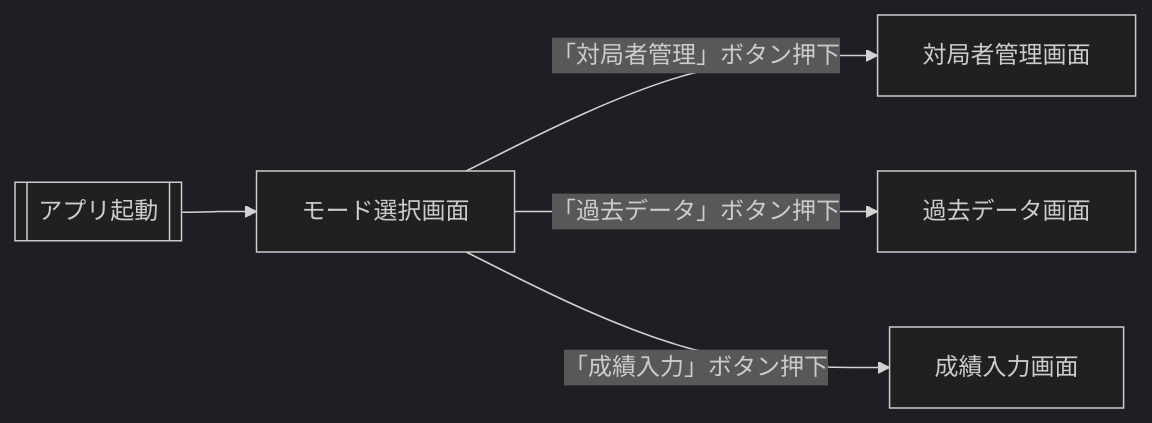
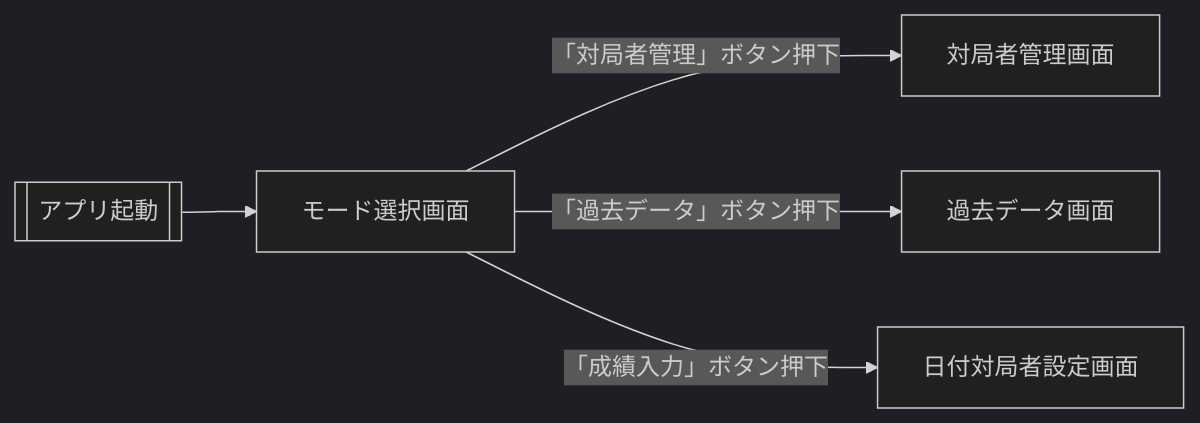
One commit to kongou71905/fs-test-app changed the first of 5 diagrams in docs/05_Screen-Flowchart.md. Above: the diagram before and after it, drawn with Mermaid (dark theme). The commit also changed other lines of this file, not shown here.

````diff
--- a/docs/05_Screen-Flowchart.md
+++ b/docs/05_Screen-Flowchart.md
@@ -3,7 +3,7 @@
 ```mermaid
 flowchart LR
 	start[[アプリ起動]] --> 01-top[モード選択画面]
     01-top[モード選択画面] -- 「対局者管理」ボタン押下 --> 02-kanri[対局者管理画面]
     01-top[モード選択画面] -- 「過去データ」ボタン押下 --> 03-Data[過去データ画面]
-    01-top[モード選択画面] -- 「成績入力」ボタン押下 --> 04-input[成績入力画面]
+    01-top[モード選択画面] -- 「成績入力」ボタン押下 --> 04-set[日付対局者設定画面]
 ```
````
